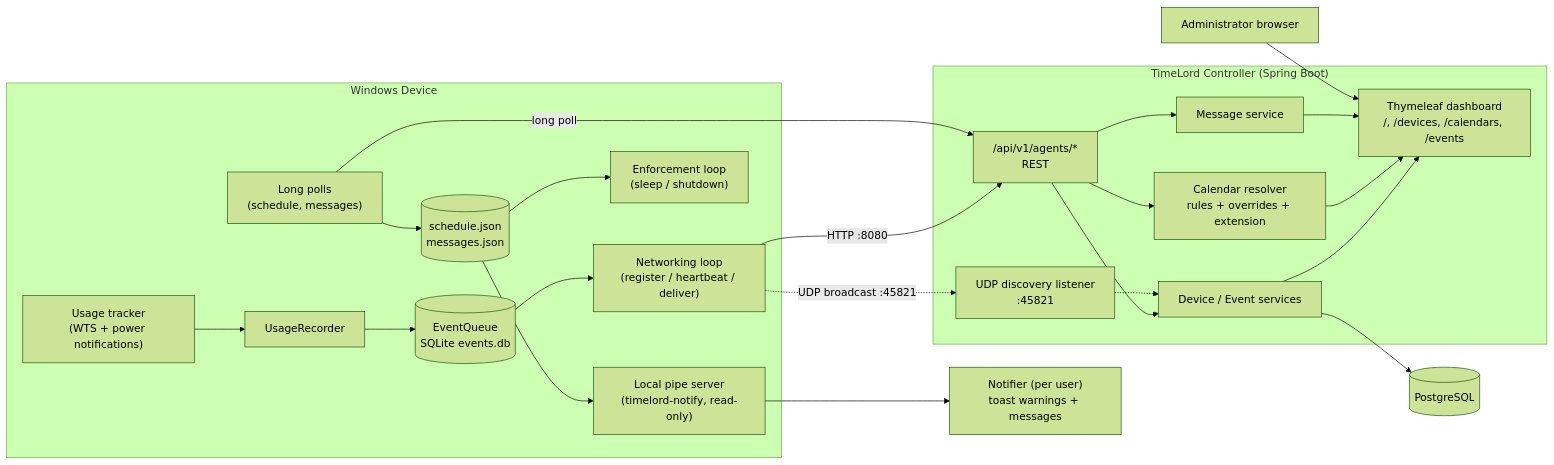
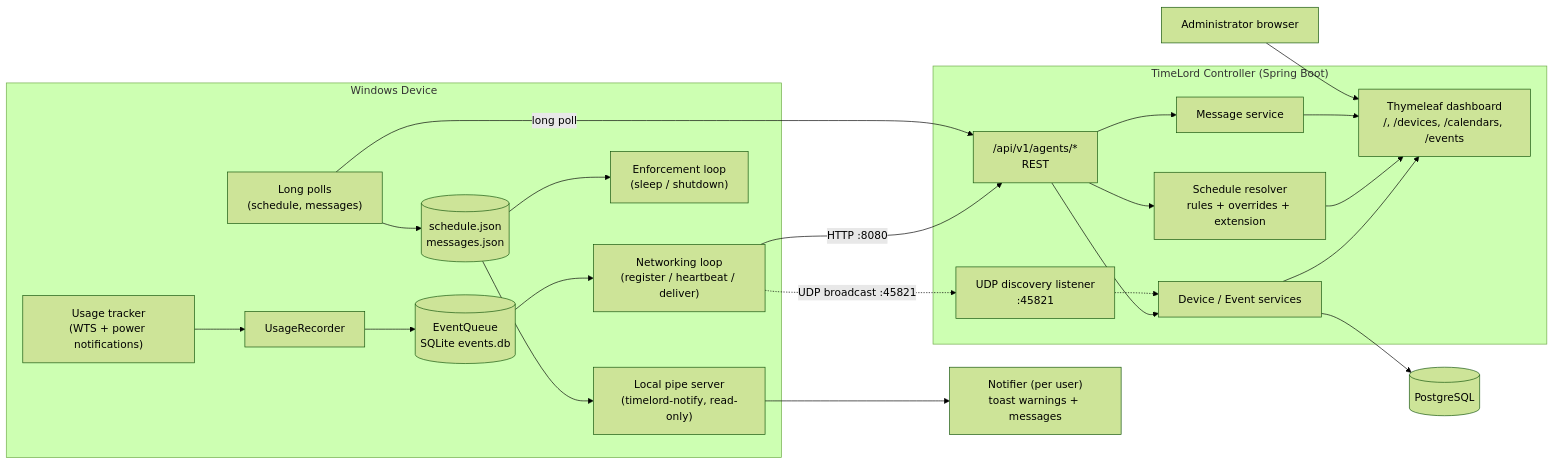
Before and after one commit to johnjoeallen/timelord: the first of 2 diagrams in docs/architecture.md, drawn with Mermaid (forest theme). The commit also changed other lines of this file and 18 other files, not shown here.

````diff
--- a/docs/architecture.md
+++ b/docs/architecture.md
@@ -137,46 +137,46 @@
 ```mermaid
 flowchart LR
     subgraph Windows Device
         Tracker["Usage tracker\n(WTS + power notifications)"]
         Recorder[UsageRecorder]
         Queue[("EventQueue\nSQLite events.db")]
         Net["Networking loop\n(register / heartbeat / deliver)"]
         Poll["Long polls\n(schedule, messages)"]
         Cache[("schedule.json\nmessages.json")]
         Enforce["Enforcement loop\n(sleep / shutdown)"]
         Pipe["Local pipe server\n(timelord-notify, read-only)"]
         Tracker --> Recorder --> Queue
         Queue --> Net
         Poll --> Cache
         Cache --> Enforce
         Cache --> Pipe
     end
 
     Notifier["Notifier (per user)\ntoast warnings + messages"]
     Pipe --> Notifier
 
     subgraph "TimeLord Controller (Spring Boot)"
         API["/api/v1/agents/*\nREST"]
         Disco["UDP discovery listener\n:45821"]
         Svc[Device / Event services]
-        Cal["Calendar resolver\nrules + overrides + extension"]
+        Cal["Schedule resolver\nrules + overrides + extension"]
         Msg[Message service]
         UI["Thymeleaf dashboard\n/, /devices, /calendars, /events"]
         API --> Svc
         API --> Cal
         API --> Msg
         Disco -.-> Svc
         Svc --> UI
         Cal --> UI
         Msg --> UI
     end
 
     DB[(PostgreSQL)]
 
     Net -- "HTTP :8080" --> API
     Poll -- "long poll" --> API
     Net -. "UDP broadcast :45821" .-> Disco
     Svc --> DB
 
     Admin[Administrator browser] --> UI
 ```
````
